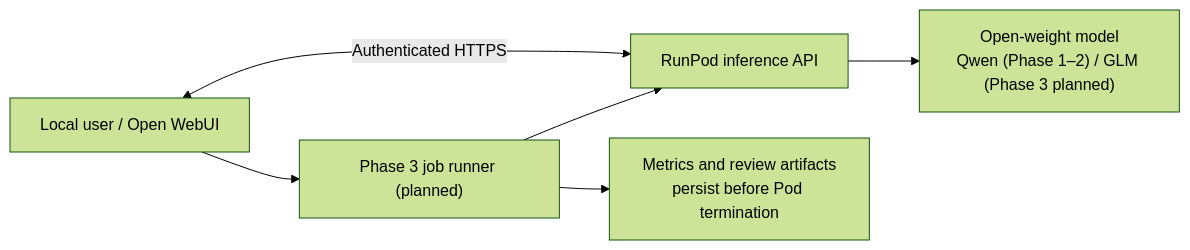
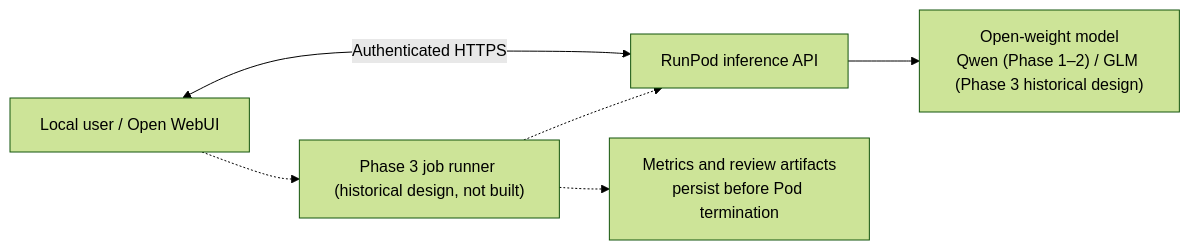
One commit to moruku36/open-llm-multimodal-lab changed the diagram in README.md. Above: the diagram before and after it, drawn with Mermaid (forest theme). The commit also changed other lines of this file and 8 other files, not shown here.

First line of the commit message:
docs: close RunPod evaluation and record API review direction

````diff
--- a/README.md
+++ b/README.md
@@ -17,8 +19,8 @@
 ```mermaid
 flowchart LR
     User["Local user / Open WebUI"] <-->|"Authenticated HTTPS"| Remote["RunPod inference API"]
-    Remote --> Model["Open-weight model<br/>Qwen (Phase 1–2) / GLM (Phase 3 planned)"]
-    User --> Job["Phase 3 job runner (planned)"]
-    Job --> Remote
-    Job --> Results["Metrics and review artifacts<br/>persist before Pod termination"]
+    Remote --> Model["Open-weight model<br/>Qwen (Phase 1–2) / GLM (Phase 3 historical design)"]
+    User -.-> Job["Phase 3 job runner (historical design, not built)"]
+    Job -.-> Remote
+    Job -.-> Results["Metrics and review artifacts<br/>persist before Pod termination"]
 ```
````
